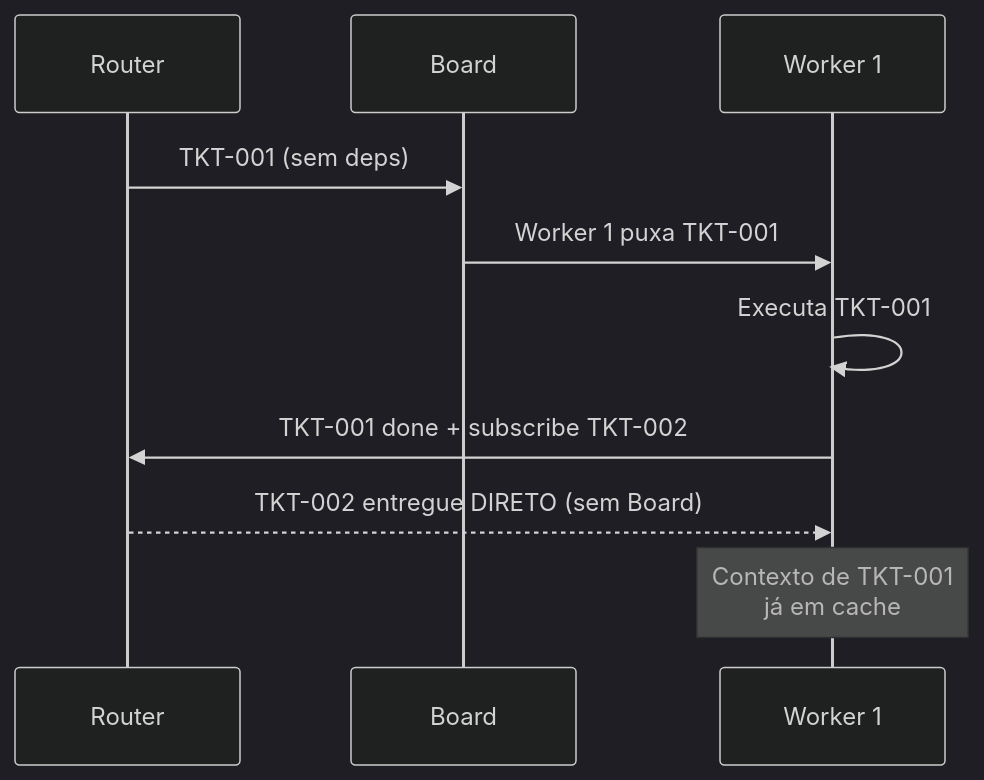
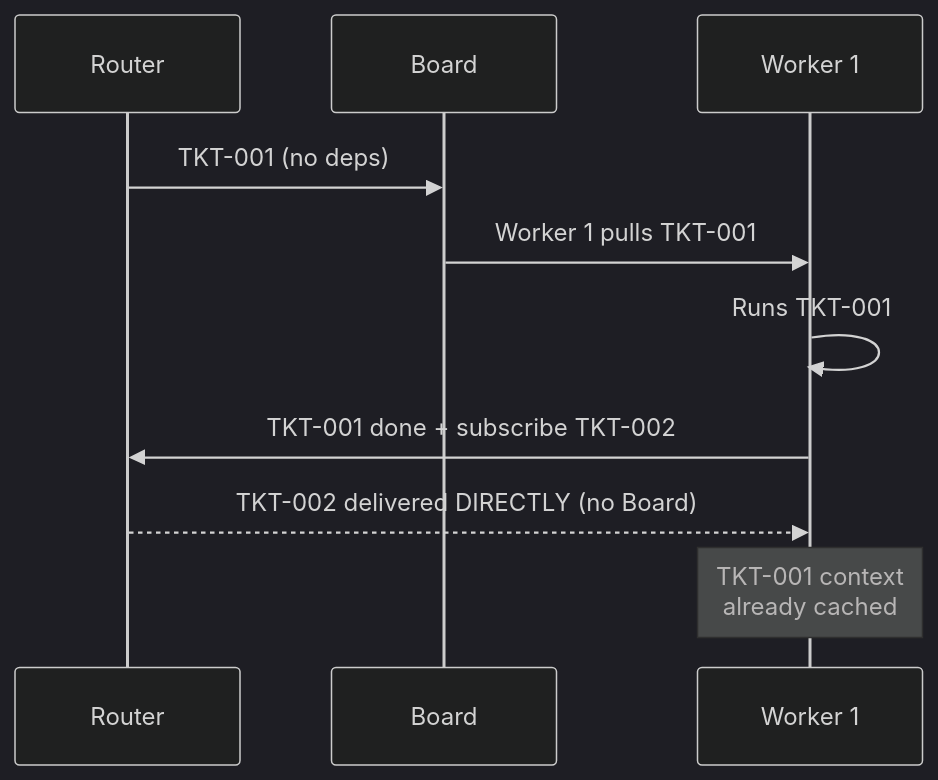
Before and after one commit to leonardo-moraes360/toolbelt: diagram 14 of 17 in docs/arquitetura.md, drawn with Mermaid (dark theme). The commit also changed other lines of this file and 9 other files, not shown here.

````diff
--- a/docs/arquitetura.md
+++ b/docs/arquitetura.md
@@ -824,13 +824,13 @@
 ```mermaid
 sequenceDiagram
     participant R as Router
     participant B as Board
     participant W1 as Worker 1
 
-    R->>B: TKT-001 (sem deps)
-    B->>W1: Worker 1 puxa TKT-001
-    W1->>W1: Executa TKT-001
+    R->>B: TKT-001 (no deps)
+    B->>W1: Worker 1 pulls TKT-001
+    W1->>W1: Runs TKT-001
     W1->>R: TKT-001 done + subscribe TKT-002
-    R-->>W1: TKT-002 entregue DIRETO (sem Board)
-    Note over W1: Contexto de TKT-001<br/>já em cache
+    R-->>W1: TKT-002 delivered DIRECTLY (no Board)
+    Note over W1: TKT-001 context<br/>already cached
 ```
````
